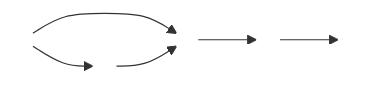
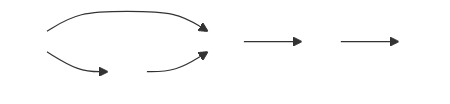
Before and after one commit to ilyasssklimov/bmstu_all: the diagram in Economy/seminars/seminar_01.md, drawn with Mermaid.

Commit message:
[E] small fixes

````diff
--- a/Economy/seminars/seminar_01.md
+++ b/Economy/seminars/seminar_01.md
@@ -23,11 +23,12 @@
 ```mermaid
   graph LR;
-  	  node1((.)); node2((.)); node3((.)); node4((.)); node5((.));
+  	  node1((....)); node2((....)); node3((....)); node4((....)); node5((....));
       node1 --> node2;
       node1 --> node3;
       node2 --> node3;
       node3 --> node4;
       node4 --> node5;
       
       classDef node fill:transparent, color:transparent, stroke:white;
+      linkStyle default color:white;
 ```
````
